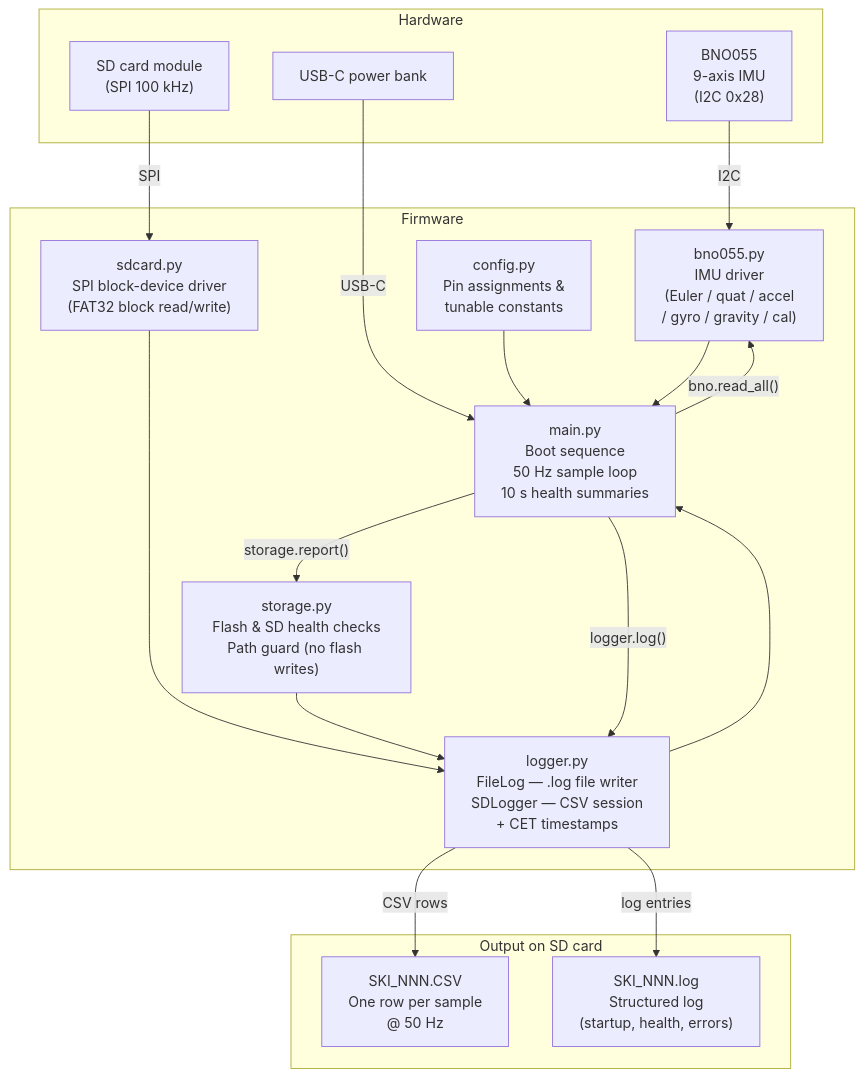
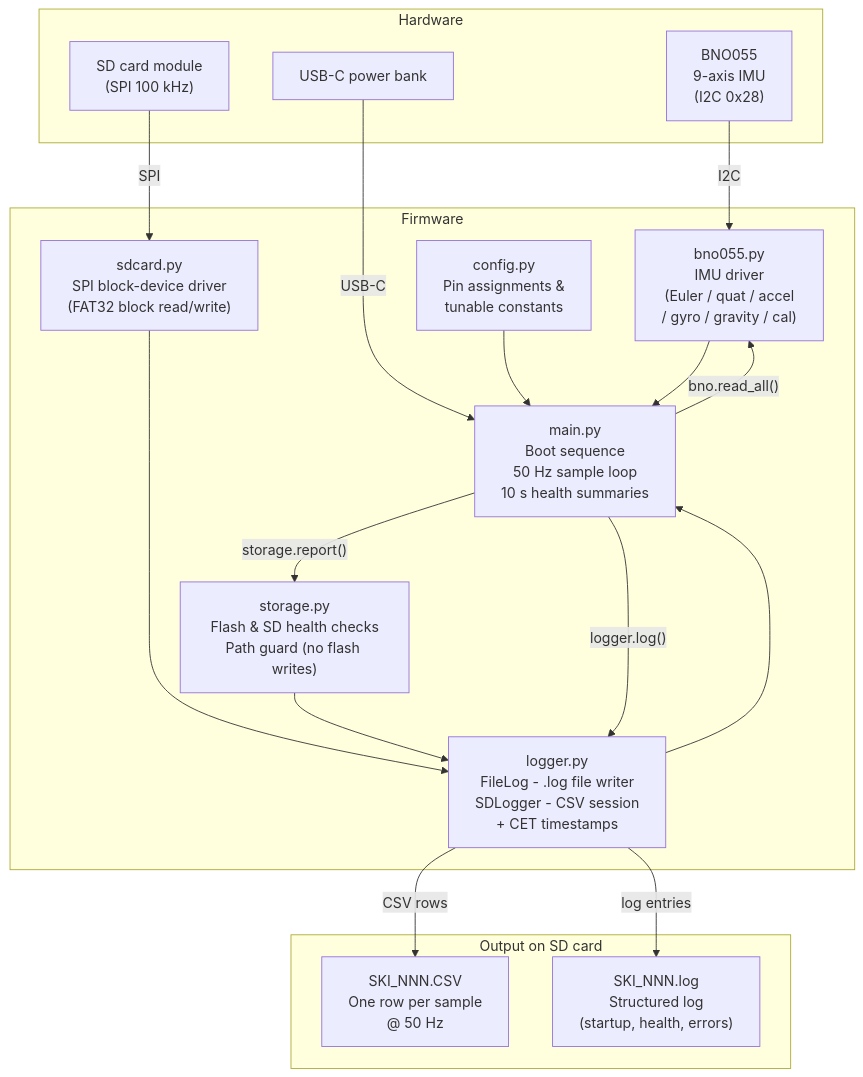
One commit to danielLutziger/ski-data-project changed the diagram in imu_software/readme.md. Above: the diagram before and after it, drawn with Mermaid. The commit also changed other lines of this file, not shown here.

````diff
--- a/imu_software/readme.md
+++ b/imu_software/readme.md
@@ -54,39 +54,39 @@
 ```mermaid
 flowchart TD
     subgraph Hardware
         BNO["BNO055\n9-axis IMU\n(I2C 0x28)"]
         SD["SD card module\n(SPI 100 kHz)"]
         PWR["USB-C power bank"]
     end
 
     subgraph Firmware
         CFG["config.py\nPin assignments &\ntunable constants"]
         BNO_DRV["bno055.py\nIMU driver\n(Euler / quat / accel\n/ gyro / gravity / cal)"]
         SD_DRV["sdcard.py\nSPI block-device driver\n(FAT32 block read/write)"]
         STG["storage.py\nFlash & SD health checks\nPath guard (no flash writes)"]
-        LOG["logger.py\nFileLog — .log file writer\nSDLogger — CSV session\n+ CET timestamps"]
+        LOG["logger.py\nFileLog - .log file writer\nSDLogger - CSV session\n+ CET timestamps"]
         MAIN["main.py\nBoot sequence\n50 Hz sample loop\n10 s health summaries"]
     end
 
     subgraph Output["Output on SD card"]
         CSV["SKI_NNN.CSV\nOne row per sample\n@ 50 Hz"]
         LOGF["SKI_NNN.log\nStructured log\n(startup, health, errors)"]
     end
 
     PWR -->|"USB-C"| MAIN
     BNO -->|"I2C"| BNO_DRV
     SD  -->|"SPI"| SD_DRV
 
     CFG --> MAIN
     BNO_DRV --> MAIN
     SD_DRV --> LOG
     STG --> LOG
     LOG --> MAIN
 
     MAIN -->|"bno.read_all()"| BNO_DRV
     MAIN -->|"logger.log()"| LOG
     MAIN -->|"storage.report()"| STG
 
     LOG -->|"CSV rows"| CSV
     LOG -->|"log entries"| LOGF
 ```
````
